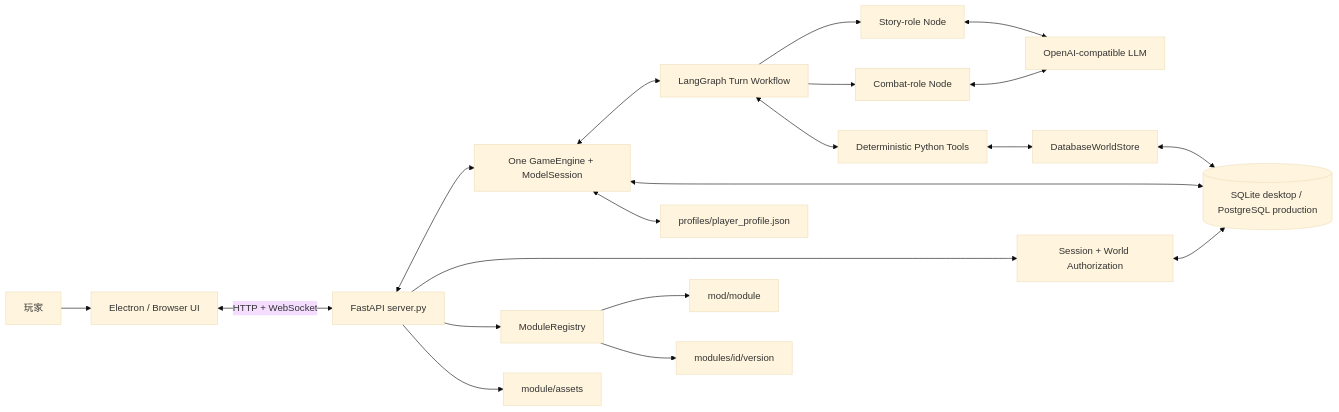
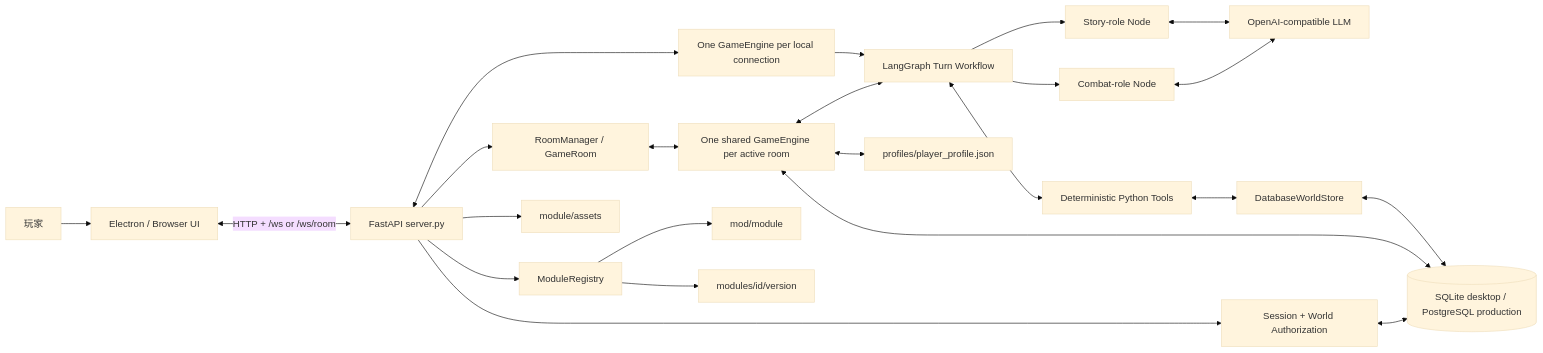
One commit to Inaglyite/TRPG-Master changed the first of 4 diagrams in docs/ARCHITECTURE.md. Above: the diagram before and after it, drawn with Mermaid (base theme). The commit also changed other lines of this file and 4 other files, not shown here.

````diff
--- a/docs/ARCHITECTURE.md
+++ b/docs/ARCHITECTURE.md
@@ -38,22 +38,25 @@
 ```mermaid
 flowchart LR
     Player[玩家] --> UI[Electron / Browser UI]
-    UI <--> |HTTP + WebSocket| Server[FastAPI server.py]
-    Server <--> Engine[One GameEngine + ModelSession]
+    UI <--> |HTTP + /ws or /ws/room| Server[FastAPI server.py]
+    Server --> Rooms[RoomManager / GameRoom]
+    Rooms <--> Engine[One shared GameEngine per active room]
+    Server <--> LocalEngine[One GameEngine per local connection]
+    LocalEngine --> Graph
     Engine <--> Graph[LangGraph Turn Workflow]
     Graph --> Story[Story-role Node]
     Graph --> Combat[Combat-role Node]
     Story <--> LLM[OpenAI-compatible LLM]
     Combat <--> LLM
     Graph <--> Tools[Deterministic Python Tools]
     Tools <--> Store[DatabaseWorldStore]
     Store <--> DB[(SQLite desktop / PostgreSQL production)]
     Engine <--> DB
     Server --> Auth[Session + World Authorization]
     Auth <--> DB
     Engine <--> Profile[profiles/player_profile.json]
     Server --> Registry[ModuleRegistry]
     Registry --> Builtin[mod/module]
     Registry --> UserModules[modules/id/version]
     Server --> Assets[module/assets]
 ```
````
